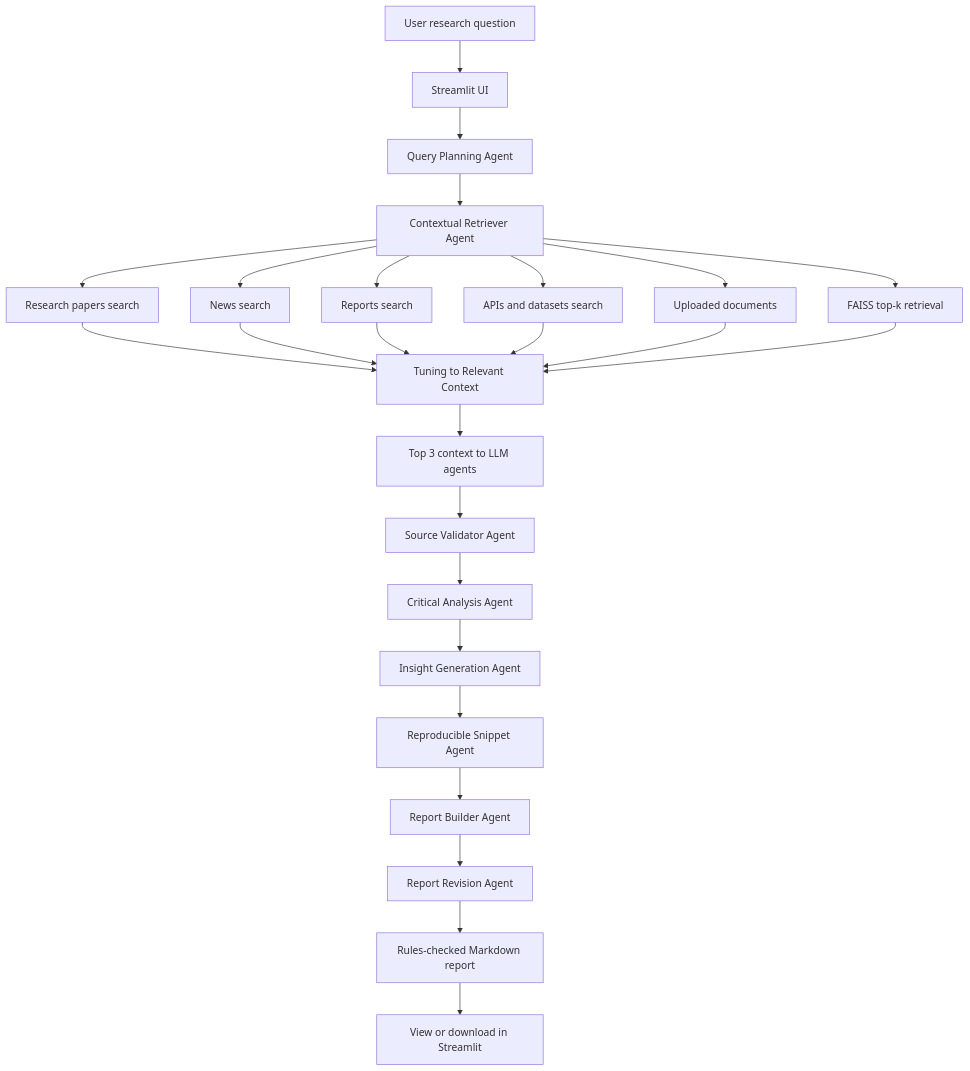
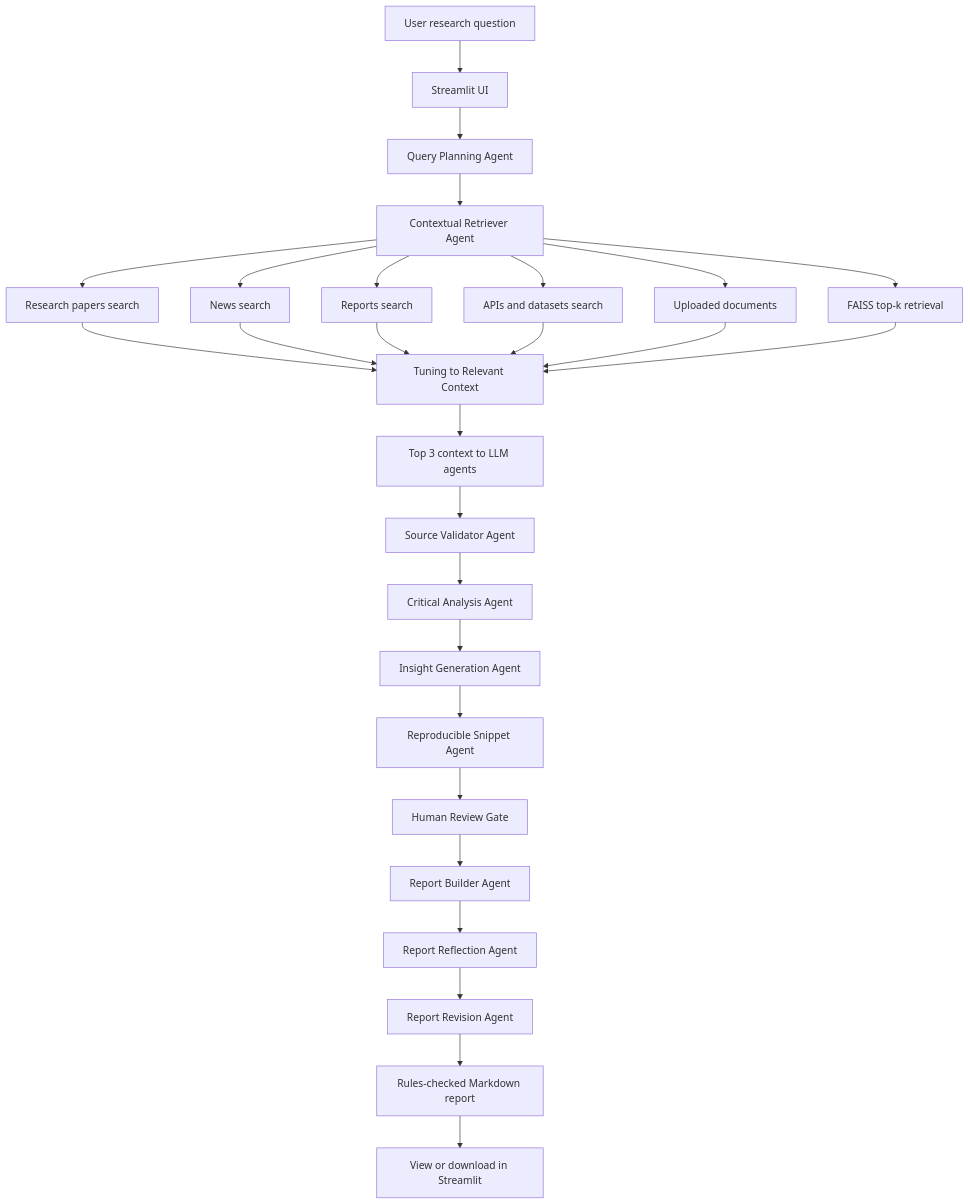
One commit to chakraa1/DeepAIResearch changed the diagram in README.md. Above: the diagram before and after it, drawn with Mermaid. The commit also changed other lines of this file and 10 other files, not shown here.

````diff
--- a/README.md
+++ b/README.md
@@ -42,27 +48,29 @@
 ```mermaid
 flowchart TD
     A[User research question] --> B[Streamlit UI]
     B --> C[Query Planning Agent]
     C --> D[Contextual Retriever Agent]
     D --> E1[Research papers search]
     D --> E2[News search]
     D --> E3[Reports search]
     D --> E4[APIs and datasets search]
     D --> F[Uploaded documents]
     D --> G[FAISS top-k retrieval]
     E1 --> H[Tuning to Relevant Context]
     E2 --> H
     E3 --> H
     E4 --> H
     F --> H
     G --> H
     H --> I[Top 3 context to LLM agents]
     I --> J[Source Validator Agent]
     J --> K[Critical Analysis Agent]
     K --> L[Insight Generation Agent]
     L --> M[Reproducible Snippet Agent]
-    M --> N[Report Builder Agent]
-    N --> O[Report Revision Agent]
-    O --> P[Rules-checked Markdown report]
-    P --> Q[View or download in Streamlit]
+    M --> N[Human Review Gate]
+    N --> O[Report Builder Agent]
+    O --> P[Report Reflection Agent]
+    P --> Q[Report Revision Agent]
+    Q --> R[Rules-checked Markdown report]
+    R --> S[View or download in Streamlit]
 ```
````
